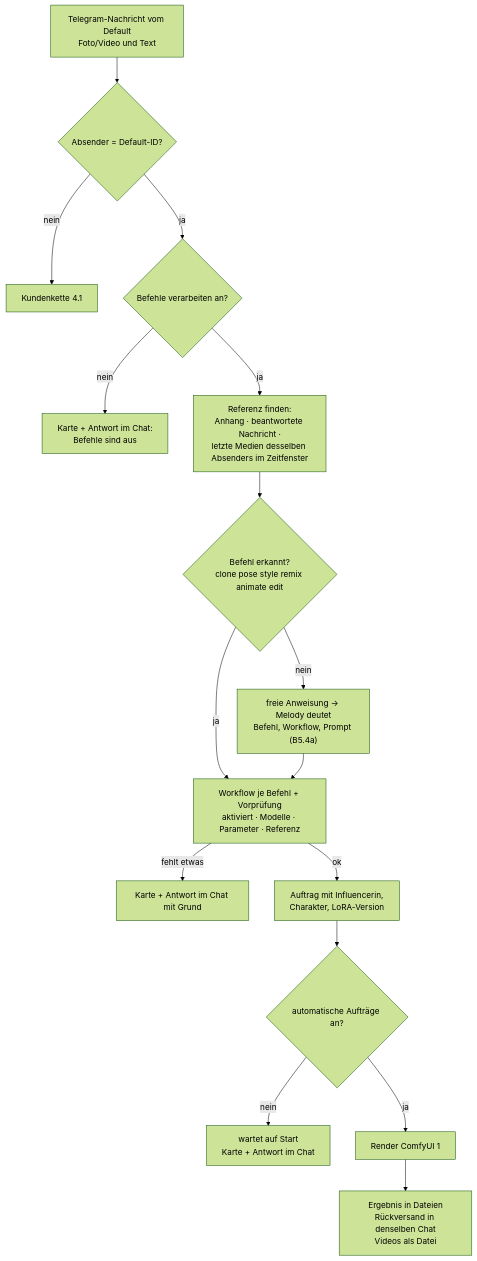
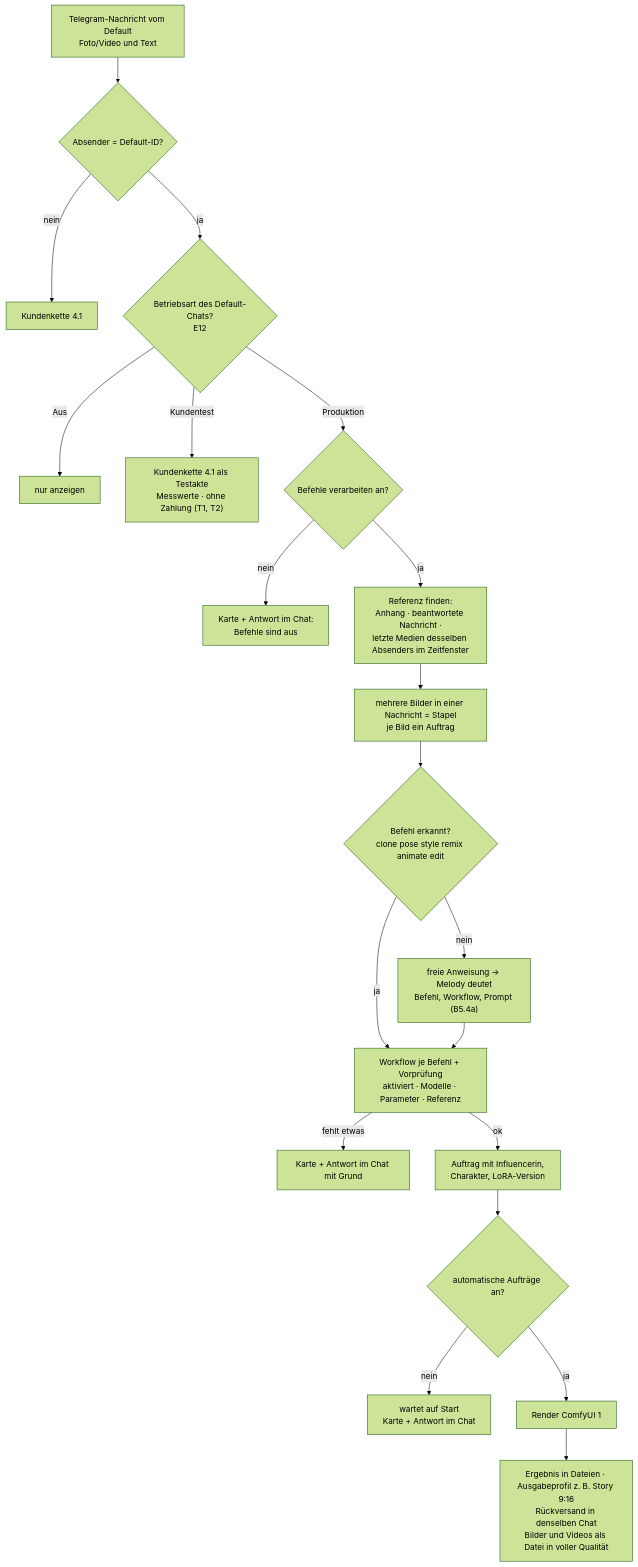
One commit to sawyerma/Darkfluenzer changed the third of 3 diagrams in docs/PHASENPLAN_BACKEND.md. Above: the diagram before and after it, drawn with Mermaid (forest theme). The commit also changed other lines of this file and 2 other files, not shown here.

First line of the commit message:
docs: change sheet of 17.11 - settings tab (S1), customer test T1/T2 replaces B5.5, Default operating modes, batches and story profile, automatic check and approval C5.6a, phone as exception path, no age question (BUG-077)

````diff
--- a/docs/PHASENPLAN_BACKEND.md
+++ b/docs/PHASENPLAN_BACKEND.md
@@ -221,18 +227,22 @@
 ```mermaid
 flowchart TD
   A["Telegram-Nachricht vom Default<br/>Foto/Video und Text"] --> B{"Absender = Default-ID?"}
   B -- nein --> K["Kundenkette 4.1"]
-  B -- ja --> C{"Befehle verarbeiten an?"}
+  B -- ja --> BA{"Betriebsart des Default-Chats?<br/>E12"}
+  BA -- Aus --> BA0["nur anzeigen"]
+  BA -- Kundentest --> BT["Kundenkette 4.1 als Testakte<br/>Messwerte · ohne Zahlung (T1, T2)"]
+  BA -- Produktion --> C{"Befehle verarbeiten an?"}
   C -- nein --> C1["Karte + Antwort im Chat:<br/>Befehle sind aus"]
   C -- ja --> D["Referenz finden:<br/>Anhang · beantwortete Nachricht ·<br/>letzte Medien desselben Absenders im Zeitfenster"]
-  D --> E{"Befehl erkannt?<br/>clone pose style remix animate edit"}
+  D --> D2["mehrere Bilder in einer Nachricht = Stapel<br/>je Bild ein Auftrag"]
+  D2 --> E{"Befehl erkannt?<br/>clone pose style remix animate edit"}
   E -- nein --> E1["freie Anweisung → Melody deutet<br/>Befehl, Workflow, Prompt (B5.4a)"]
   E -- ja --> G
   E1 --> G["Workflow je Befehl + Vorprüfung<br/>aktiviert · Modelle · Parameter · Referenz"]
   G -- fehlt etwas --> G1["Karte + Antwort im Chat mit Grund"]
   G -- ok --> H["Auftrag mit Influencerin,<br/>Charakter, LoRA-Version"]
   H --> I{"automatische Aufträge an?"}
   I -- nein --> I1["wartet auf Start<br/>Karte + Antwort im Chat"]
   I -- ja --> J["Render ComfyUI 1"]
-  J --> L["Ergebnis in Dateien<br/>Rückversand in denselben Chat<br/>Videos als Datei"]
+  J --> L["Ergebnis in Dateien · Ausgabeprofil z. B. Story 9:16<br/>Rückversand in denselben Chat<br/>Bilder und Videos als Datei in voller Qualität"]
 ```
````
